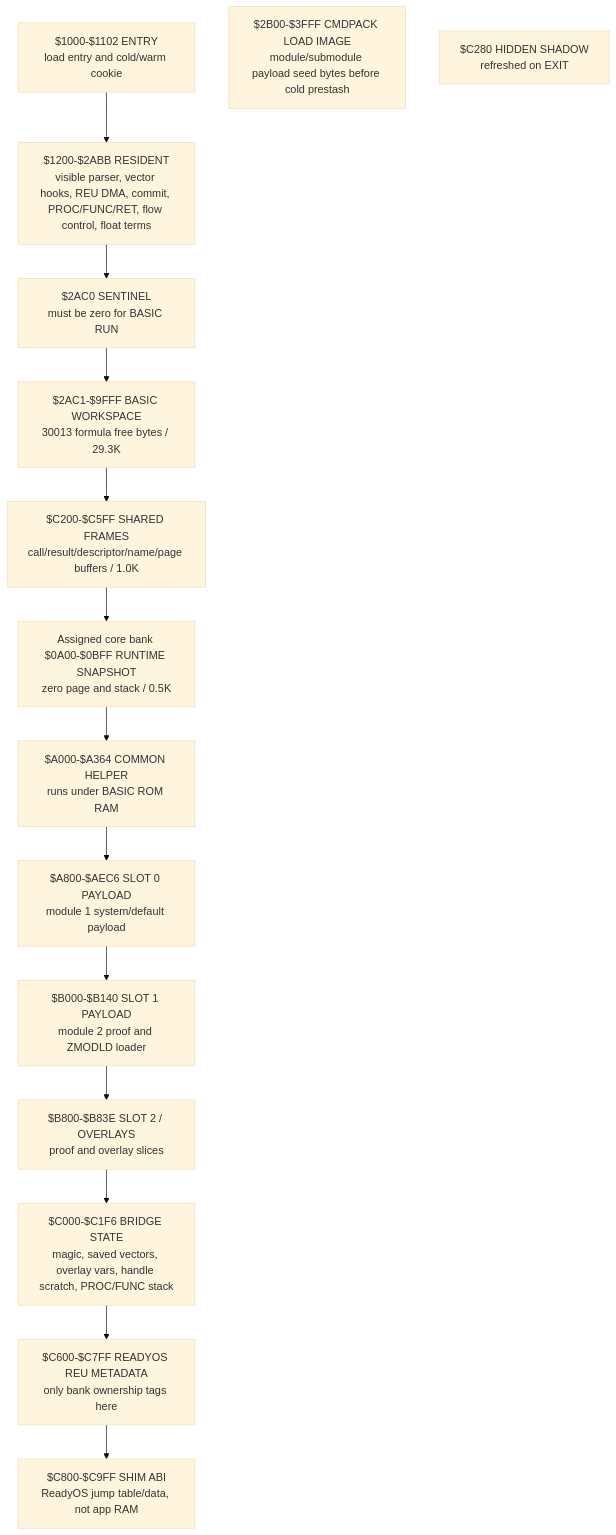
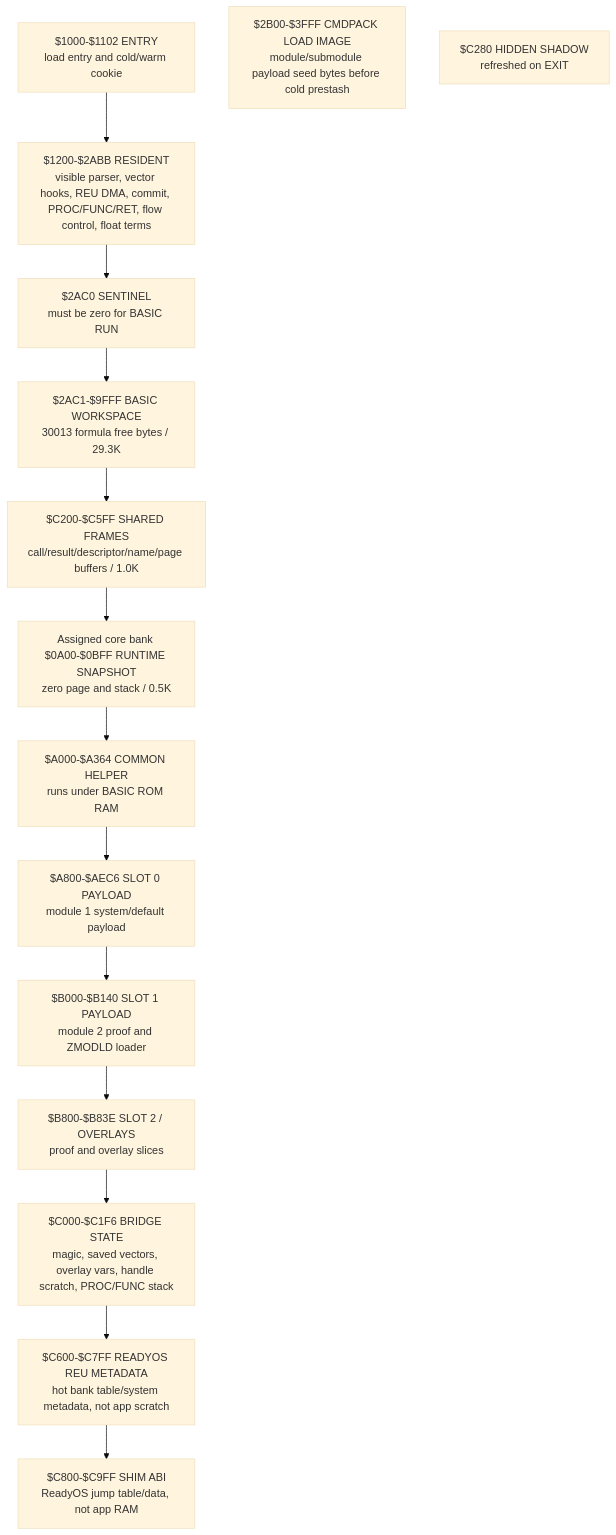
The first of 8 diagrams in src/apps/readybasic/READYBASIC_LIFECYCLE_AND_REU_ARCHITECTURE.md (123Onetwothree123/6502), drawn with Mermaid (base theme) before and after one commit. The commit also changed other lines of this file and 47 other files, not shown here.

Commit message:
Track app-owned REU allocations

````diff
--- a/src/apps/readybasic/READYBASIC_LIFECYCLE_AND_REU_ARCHITECTURE.md
+++ b/src/apps/readybasic/READYBASIC_LIFECYCLE_AND_REU_ARCHITECTURE.md
@@ -141,21 +141,21 @@
 ```mermaid
 flowchart TB
   A["$1000-$1102 ENTRY<br/>load entry and cold/warm cookie"]
   B["$1200-$2ABB RESIDENT<br/>visible parser, vector hooks, REU DMA, commit, PROC/FUNC/RET, flow control, float terms"]
   C["$2AC0 SENTINEL<br/>must be zero for BASIC RUN"]
   D["$2AC1-$9FFF BASIC WORKSPACE<br/>30013 formula free bytes / 29.3K"]
   E["$2B00-$3FFF CMDPACK LOAD IMAGE<br/>module/submodule payload seed bytes before cold prestash"]
   F["Assigned core bank $0A00-$0BFF RUNTIME SNAPSHOT<br/>zero page and stack / 0.5K"]
   G["$C200-$C5FF SHARED FRAMES<br/>call/result/descriptor/name/page buffers / 1.0K"]
   I["$C280 HIDDEN SHADOW<br/>refreshed on EXIT"]
   J["$A000-$A364 COMMON HELPER<br/>runs under BASIC ROM RAM"]
   K["$A800-$AEC6 SLOT 0 PAYLOAD<br/>module 1 system/default payload"]
   O["$B000-$B140 SLOT 1 PAYLOAD<br/>module 2 proof and ZMODLD loader"]
   P["$B800-$B83E SLOT 2 / OVERLAYS<br/>proof and overlay slices"]
   L["$C000-$C1F6 BRIDGE STATE<br/>magic, saved vectors, overlay vars, handle scratch, PROC/FUNC stack"]
-  M["$C600-$C7FF READYOS REU METADATA<br/>only bank ownership tags here"]
+  M["$C600-$C7FF READYOS REU METADATA<br/>hot bank table/system metadata, not app scratch"]
   N["$C800-$C9FF SHIM ABI<br/>ReadyOS jump table/data, not app RAM"]
 
   A --> B --> C --> D --> G
   G --> F --> J --> K --> O --> P --> L --> M --> N
 ```
````
